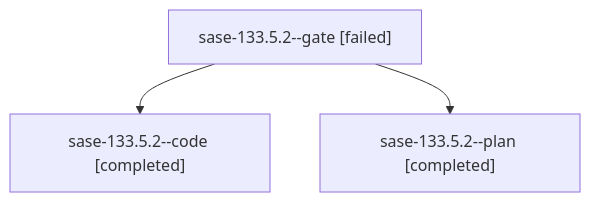
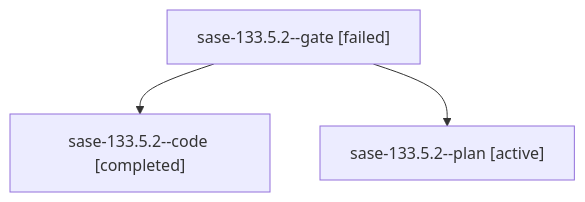
Before and after one commit to sase-org/sase--agents: the diagram in families/bbugyi200.athena.sase-133.5.2.md, drawn with Mermaid. The commit also changed other lines of this file and 35830 other files, not shown here.

````diff
--- a/families/bbugyi200.athena.sase-133.5.2.md
+++ b/families/bbugyi200.athena.sase-133.5.2.md
@@ -9,8 +9,8 @@
 ```mermaid
 flowchart TD
   n0["sase-133.5.2--gate [failed]"]
   n1["sase-133.5.2--code [completed]"]
   n0 --> n1
-  n2["sase-133.5.2--plan [completed]"]
+  n2["sase-133.5.2--plan [active]"]
   n0 --> n2
 ```
````
